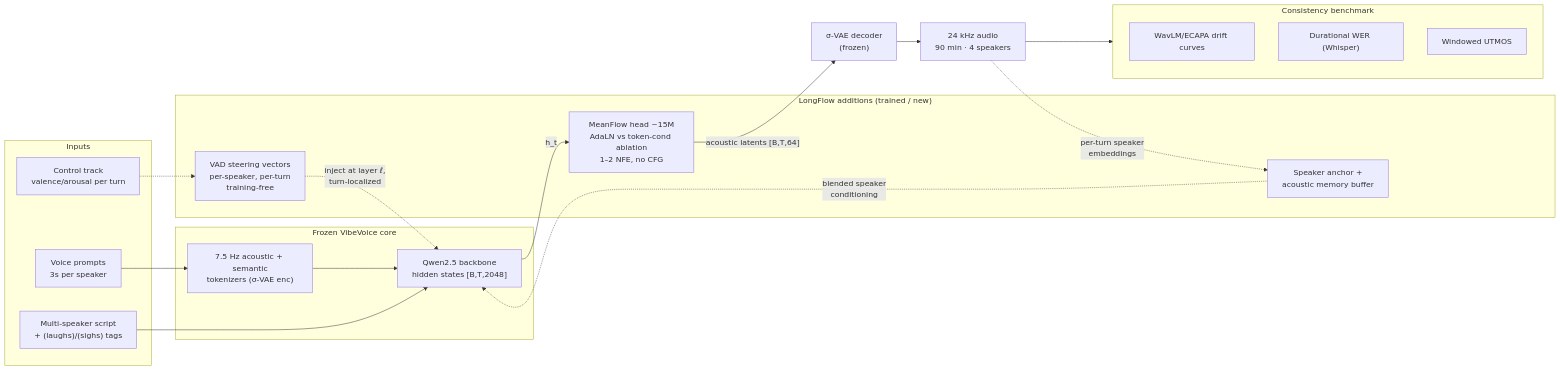
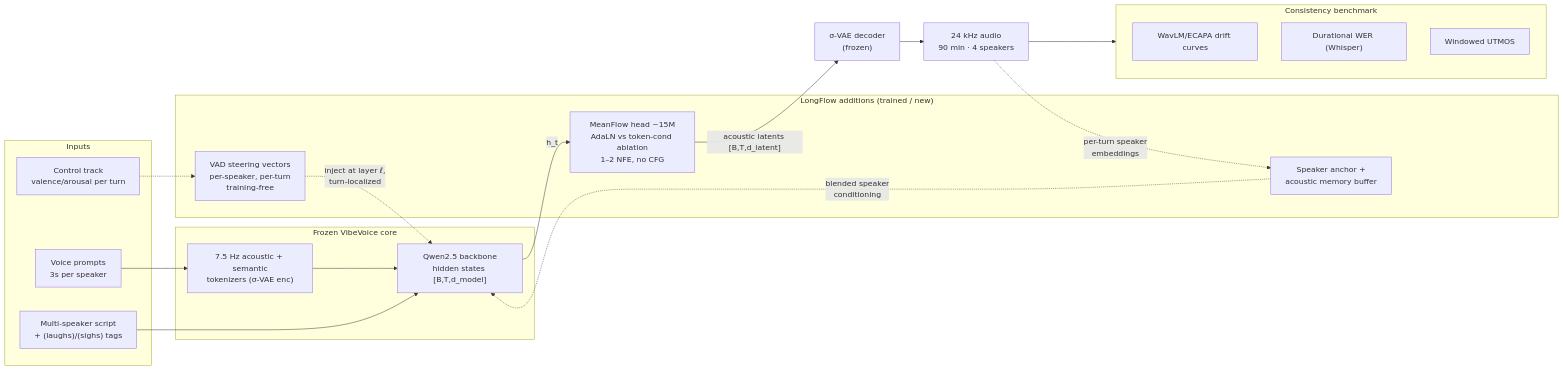
One commit to Josh-E-S/LongFlow changed the diagram in README.md. Above: the diagram before and after it, drawn with Mermaid. The commit also changed other lines of this file and 5 other files, not shown here.

````diff
--- a/README.md
+++ b/README.md
@@ -38,40 +38,40 @@
 ```mermaid
 flowchart LR
   subgraph IN["Inputs"]
     SCRIPT["Multi-speaker script<br/>+ (laughs)/(sighs) tags"]
     REFS["Voice prompts<br/>3s per speaker"]
     CTRL["Control track<br/>valence/arousal per turn"]
   end
 
   subgraph VV["Frozen VibeVoice core"]
     TOK["7.5 Hz acoustic + semantic<br/>tokenizers (σ-VAE enc)"]
-    QWEN["Qwen2.5 backbone<br/>hidden states [B,T,2048]"]
+    QWEN["Qwen2.5 backbone<br/>hidden states [B,T,d_model]"]
     TOK --> QWEN
   end
 
   subgraph NEW["LongFlow additions (trained / new)"]
     FLOW["MeanFlow head ~15M<br/>AdaLN vs token-cond ablation<br/>1–2 NFE, no CFG"]
     STEER["VAD steering vectors<br/>per-speaker, per-turn<br/>training-free"]
     ASA["Speaker anchor +<br/>acoustic memory buffer"]
   end
 
   DEC["σ-VAE decoder<br/>(frozen)"]
   AUDIO["24 kHz audio<br/>90 min · 4 speakers"]
 
   subgraph EVAL["Consistency benchmark"]
     DRIFT["WavLM/ECAPA drift curves"]
     DWER["Durational WER (Whisper)"]
     UT["Windowed UTMOS"]
   end
 
   SCRIPT --> QWEN
   REFS --> TOK
   CTRL -.-> STEER
   STEER -.->|"inject at layer ℓ,<br/>turn-localized"| QWEN
   ASA -.->|"blended speaker<br/>conditioning"| QWEN
   QWEN -->|"h_t"| FLOW
-  FLOW -->|"acoustic latents [B,T,64]"| DEC
+  FLOW -->|"acoustic latents [B,T,d_latent]"| DEC
   DEC --> AUDIO
   AUDIO --> EVAL
   AUDIO -.->|"per-turn speaker<br/>embeddings"| ASA
 ```
````
